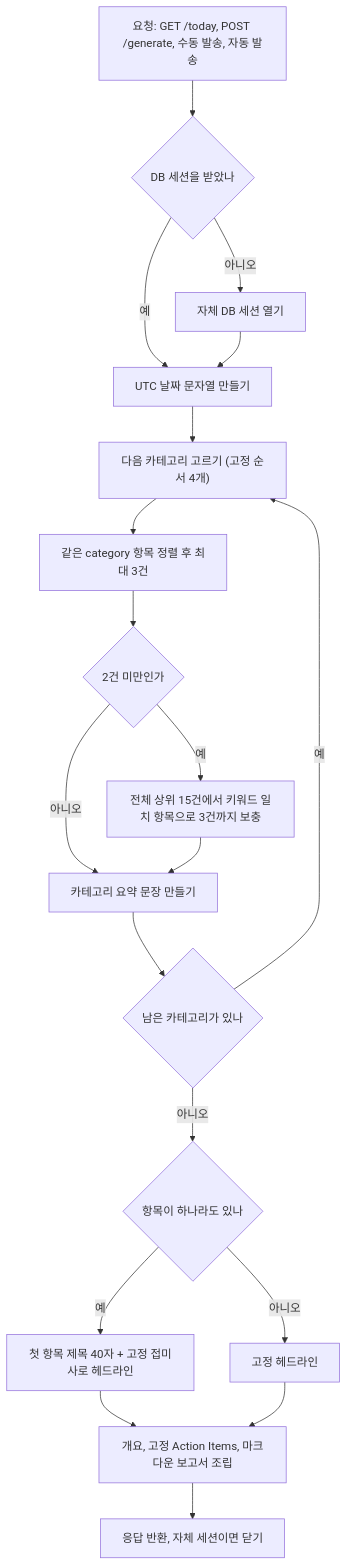
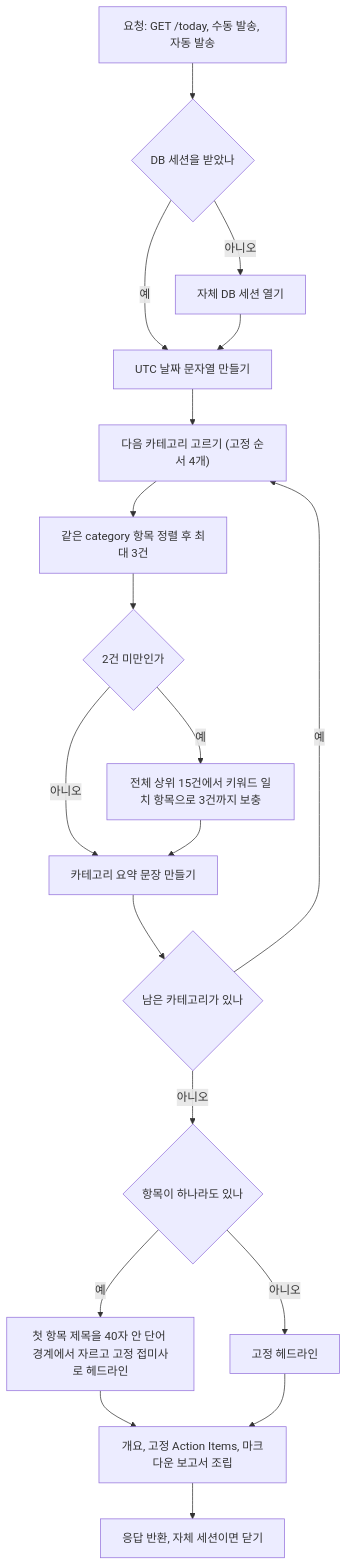
The second of 14 diagrams in docs/spec-writer/fsd/04_BRIEFING_AND_SHARING_SPECIFICATION.md (ozplayground/agent-lens), drawn with Mermaid before and after one commit. The commit also changed other lines of this file and 216 other files, not shown here.

````diff
--- a/docs/spec-writer/fsd/04_BRIEFING_AND_SHARING_SPECIFICATION.md
+++ b/docs/spec-writer/fsd/04_BRIEFING_AND_SHARING_SPECIFICATION.md
@@ -113,21 +116,21 @@
 ```mermaid
 flowchart TD
-    A["요청: GET /today, POST /generate, 수동 발송, 자동 발송"] --> B{"DB 세션을 받았나"}
+    A["요청: GET /today, 수동 발송, 자동 발송"] --> B{"DB 세션을 받았나"}
     B -- 아니오 --> B2["자체 DB 세션 열기"]
     B -- 예 --> C["UTC 날짜 문자열 만들기"]
     B2 --> C
     C --> D["다음 카테고리 고르기 (고정 순서 4개)"]
     D --> E["같은 category 항목 정렬 후 최대 3건"]
     E --> F{"2건 미만인가"}
     F -- 예 --> G["전체 상위 15건에서 키워드 일치 항목으로 3건까지 보충"]
     F -- 아니오 --> H["카테고리 요약 문장 만들기"]
     G --> H
     H --> I{"남은 카테고리가 있나"}
     I -- 예 --> D
     I -- 아니오 --> J{"항목이 하나라도 있나"}
-    J -- 예 --> K["첫 항목 제목 40자 + 고정 접미사로 헤드라인"]
+    J -- 예 --> K["첫 항목 제목을 40자 안 단어 경계에서 자르고 고정 접미사로 헤드라인"]
     J -- 아니오 --> L["고정 헤드라인"]
     K --> M["개요, 고정 Action Items, 마크다운 보고서 조립"]
     L --> M
     M --> N["응답 반환, 자체 세션이면 닫기"]
 ```
````
